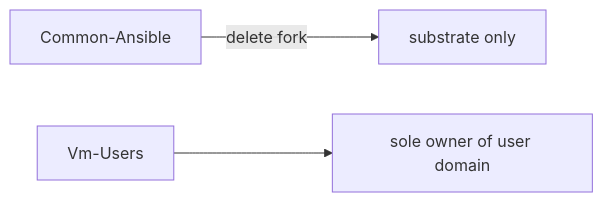
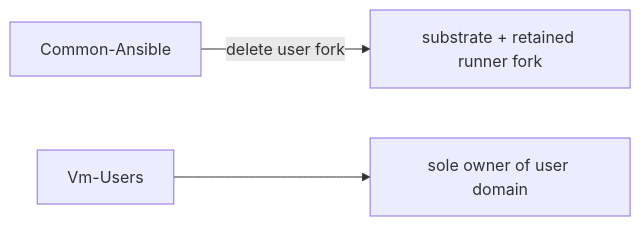
Before and after one commit to Klark-Morrigan/Infrastructure-Vm-Ansible: the eighth of 25 diagrams in docs/dev/implementation/19-common-ansible-extraction-and-toolchain-provisioning/plan.md, drawn with Mermaid. The commit also changed other lines of this file and 1 other file, not shown here.

````diff
--- a/docs/dev/implementation/19-common-ansible-extraction-and-toolchain-provisioning/plan.md
+++ b/docs/dev/implementation/19-common-ansible-extraction-and-toolchain-provisioning/plan.md
@@ -317,5 +388,5 @@
 ```mermaid
 flowchart LR
-  CA[Common-Ansible] -->|delete fork| CLEAN[substrate only]
+  CA[Common-Ansible] -->|delete user fork| CLEAN[substrate + retained runner fork]
   VU[Vm-Users] --> OWNS[sole owner of user domain]
 ```
````
